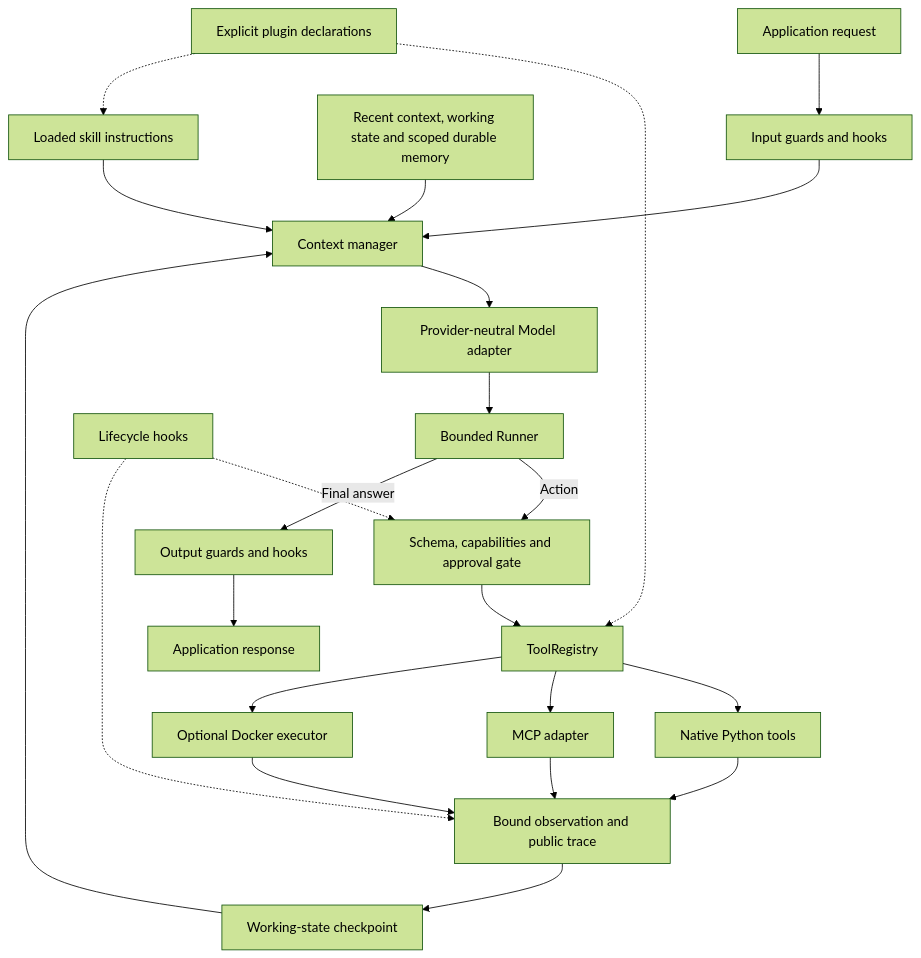
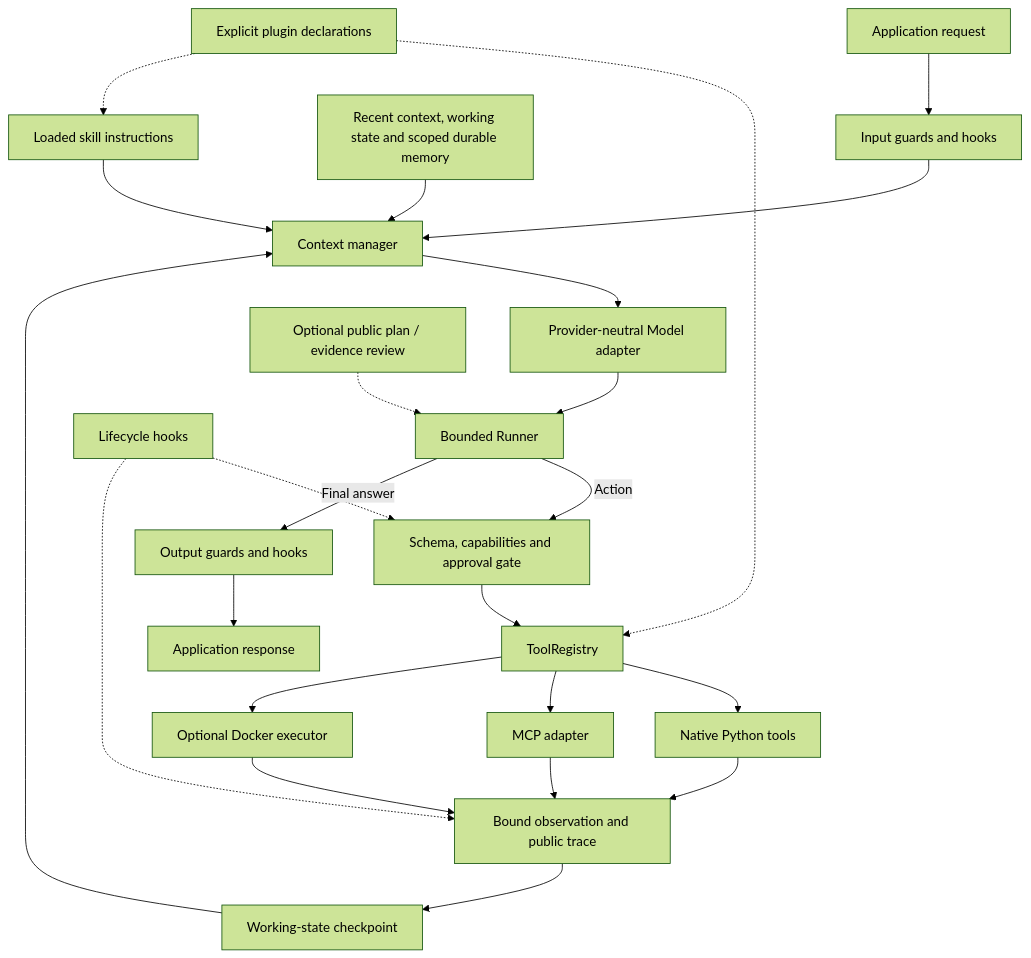
The second of 2 diagrams in docs/ARCHITECTURE.md (sameerkini/agent-foundry), drawn with Mermaid (forest theme) before and after one commit. The commit also changed other lines of this file and 17 other files, not shown here.

First line of the commit message:
Add optional planning and evidence review with a complete code walkthrough

````diff
--- a/docs/ARCHITECTURE.md
+++ b/docs/ARCHITECTURE.md
@@ -60,23 +60,24 @@
 ```mermaid
 flowchart TD
     Request[Application request] --> Input[Input guards and hooks]
     Input --> Context[Context manager]
     Memory[Recent context, working state and scoped durable memory] --> Context
     Skills[Loaded skill instructions] --> Context
     Context --> Model[Provider-neutral Model adapter]
     Model --> Runner[Bounded Runner]
+    Scaffold[Optional public plan / evidence review] -.-> Runner
     Runner -->|Action| Policy[Schema, capabilities and approval gate]
     Policy --> Registry[ToolRegistry]
     Registry --> Native[Native Python tools]
     Registry --> MCP[MCP adapter]
     Registry --> Sandbox[Optional Docker executor]
     Native & MCP & Sandbox --> Observe[Bound observation and public trace]
     Observe --> Checkpoint[Working-state checkpoint]
     Checkpoint --> Context
     Runner -->|Final answer| Output[Output guards and hooks]
     Output --> Response[Application response]
     Plugins[Explicit plugin declarations] -.-> Registry
     Plugins -.-> Skills
     Hooks[Lifecycle hooks] -.-> Policy
     Hooks -.-> Observe
 ```
````
